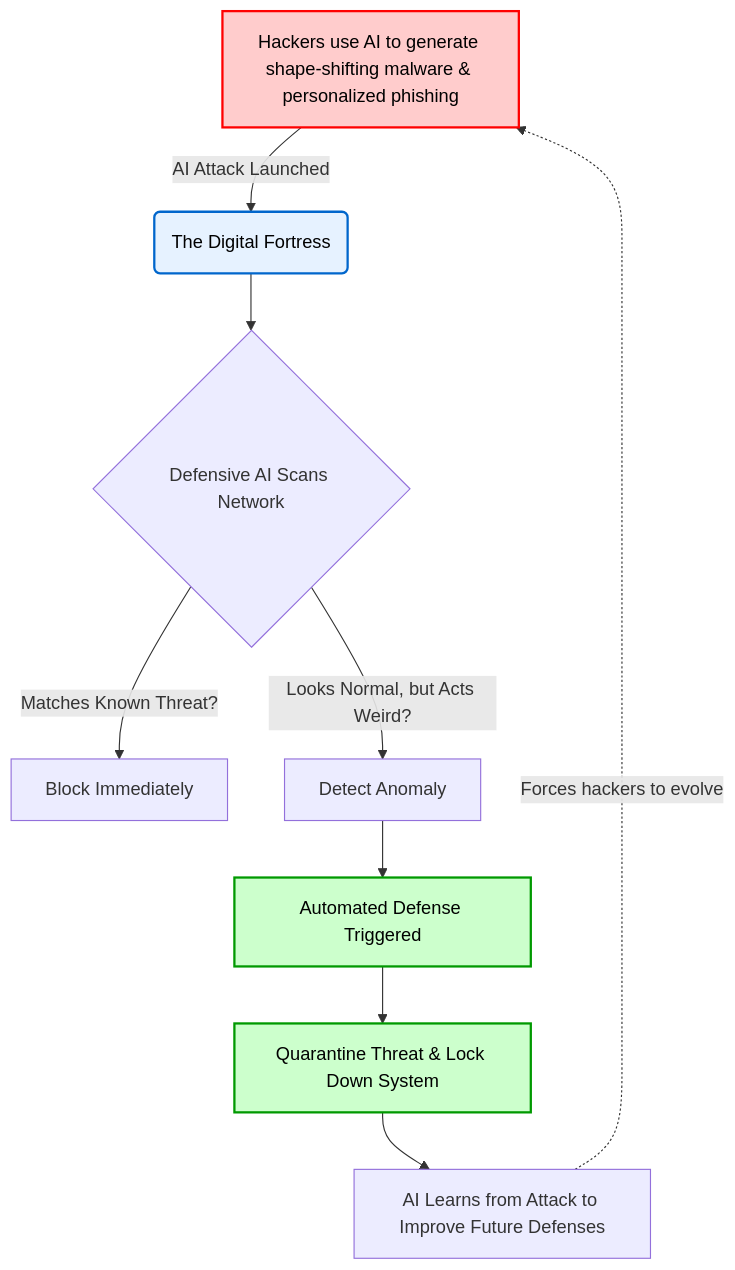
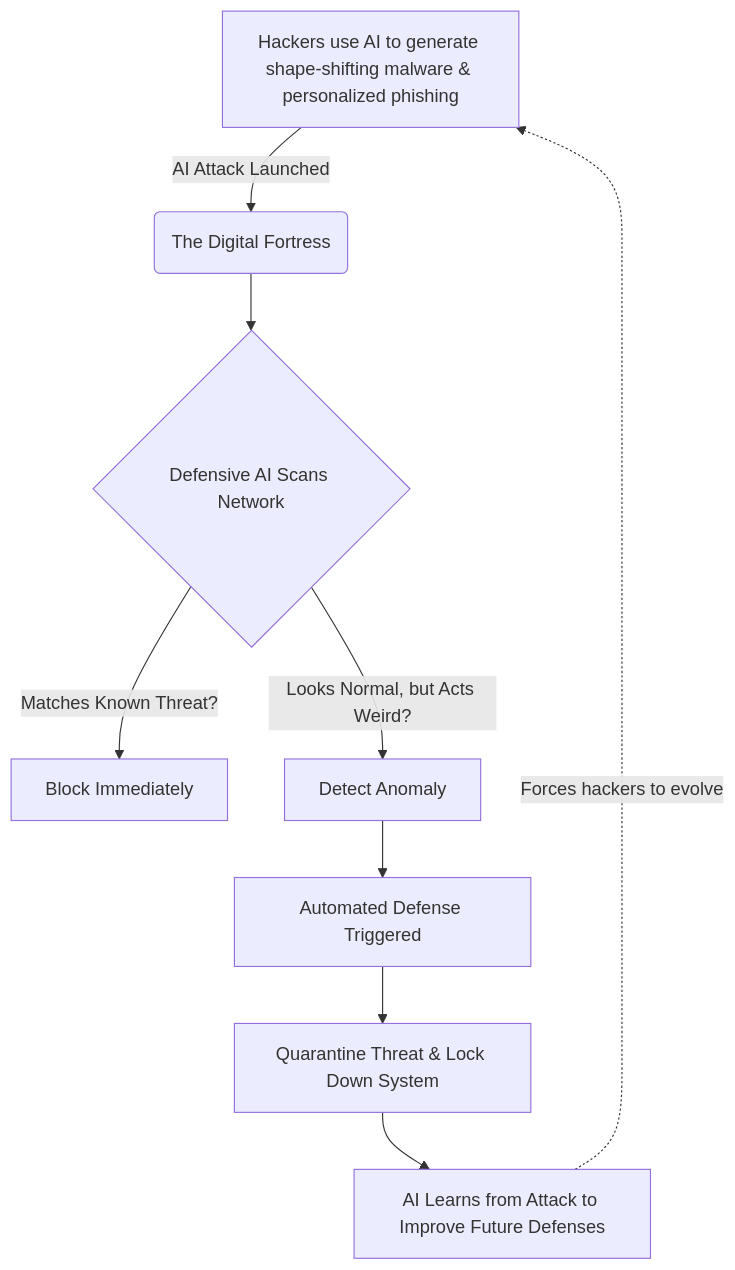
Before and after one commit to vdonthireddy/ai-knowledge-base: the diagram in line18_cyber_warfare.md, drawn with Mermaid. The commit also changed 30 other files, not shown here.

Commit message:
chore: Rename files and fix mermaid diagram styles for dark mode compatibility

````diff
--- a/line18_cyber_warfare.md
+++ b/line18_cyber_warfare.md
@@ -33,17 +33,13 @@
 ```mermaid
 flowchart TD
     A[Hackers use AI to generate shape-shifting malware & personalized phishing] -->|AI Attack Launched| B(The Digital Fortress)
     B --> C{Defensive AI Scans Network}
     C -->|Matches Known Threat?| D[Block Immediately]
     C -->|Looks Normal, but Acts Weird?| E[Detect Anomaly]
     
     E --> F[Automated Defense Triggered]
     F --> G[Quarantine Threat & Lock Down System]
     G --> H[AI Learns from Attack to Improve Future Defenses]
     H -.->|Forces hackers to evolve| A
     
-    style A fill:#ffcccc,stroke:#ff0000,stroke-width:2px,color:#000
-    style B fill:#e6f2ff,stroke:#0066cc,stroke-width:2px,color:#000
-    style F fill:#ccffcc,stroke:#009900,stroke-width:2px,color:#000
-    style G fill:#ccffcc,stroke:#009900,stroke-width:2px,color:#000
 ```
````
